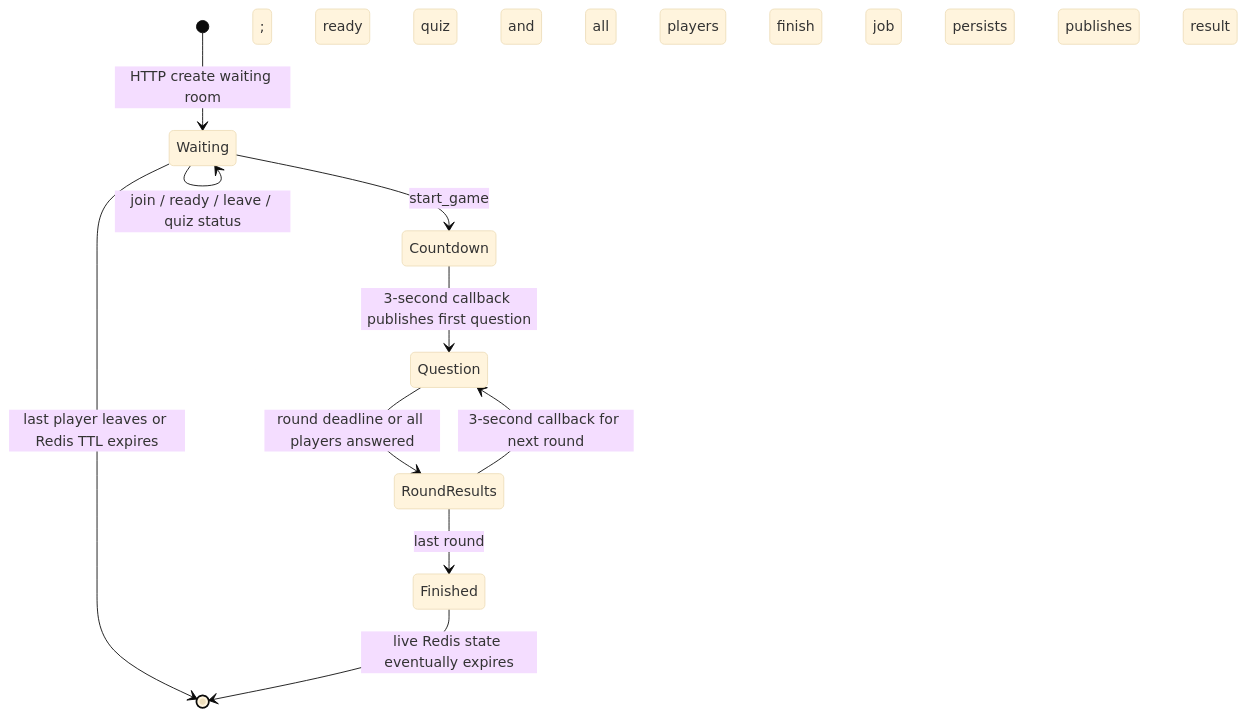
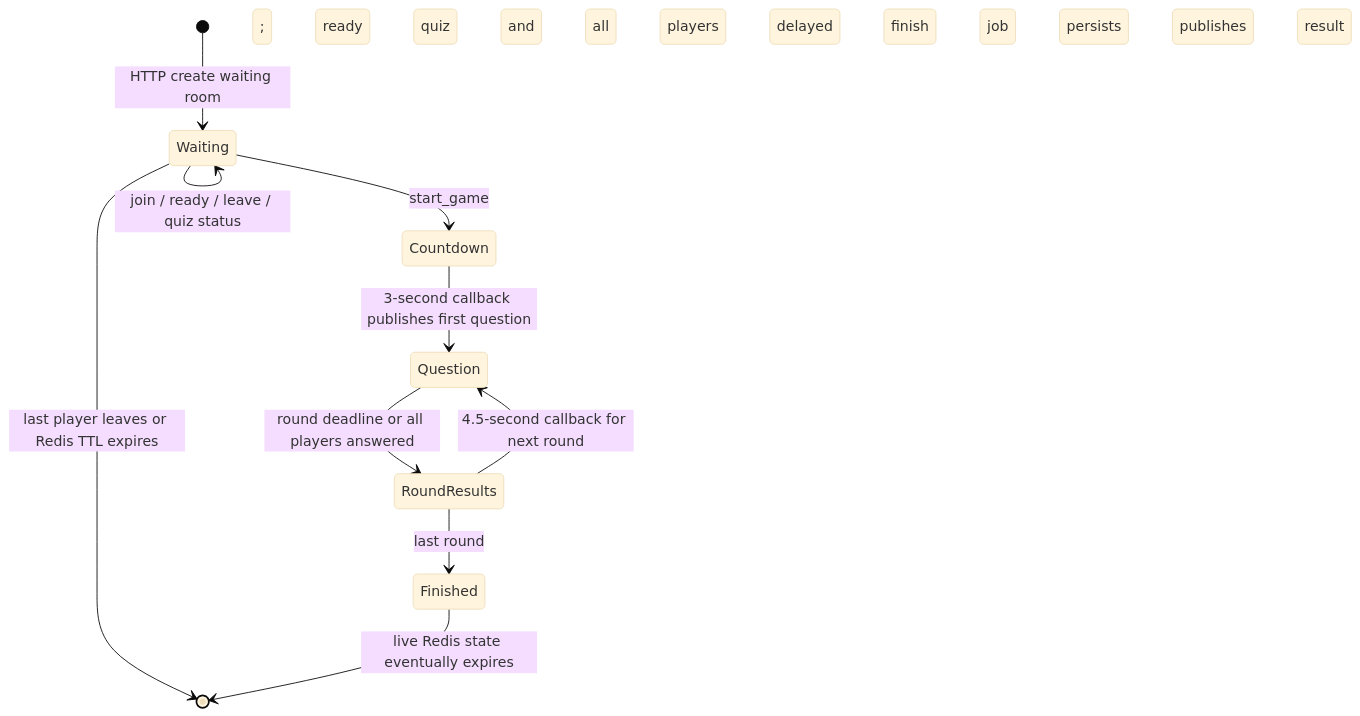
Before and after one commit to Abiralstha99/Cortex: the first of 2 diagrams in docs/REALTIME.md, drawn with Mermaid (base theme). The commit also changed other lines of this file and 94 other files, not shown here.

````diff
--- a/docs/REALTIME.md
+++ b/docs/REALTIME.md
@@ -15,12 +15,12 @@
 ```mermaid
 stateDiagram-v2
   [*] --> Waiting: HTTP create waiting room
   Waiting --> Waiting: join / ready / leave / quiz status
   Waiting --> Countdown: start_game; ready quiz and all players ready
   Waiting --> [*]: last player leaves or Redis TTL expires
   Countdown --> Question: 3-second callback publishes first question
   Question --> RoundResults: round deadline or all players answered
-  RoundResults --> Question: 3-second callback for next round
-  RoundResults --> Finished: last round; finish job persists and publishes result
+  RoundResults --> Question: 4.5-second callback for next round
+  RoundResults --> Finished: last round; delayed finish job persists and publishes result
   Finished --> [*]: live Redis state eventually expires
 ```
````
